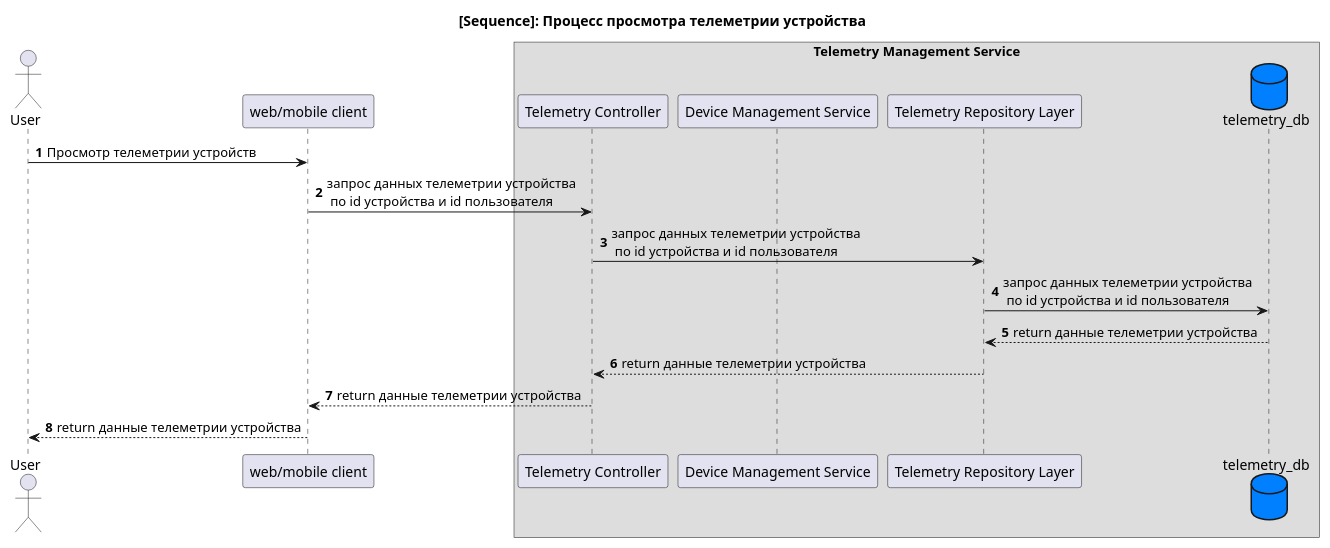
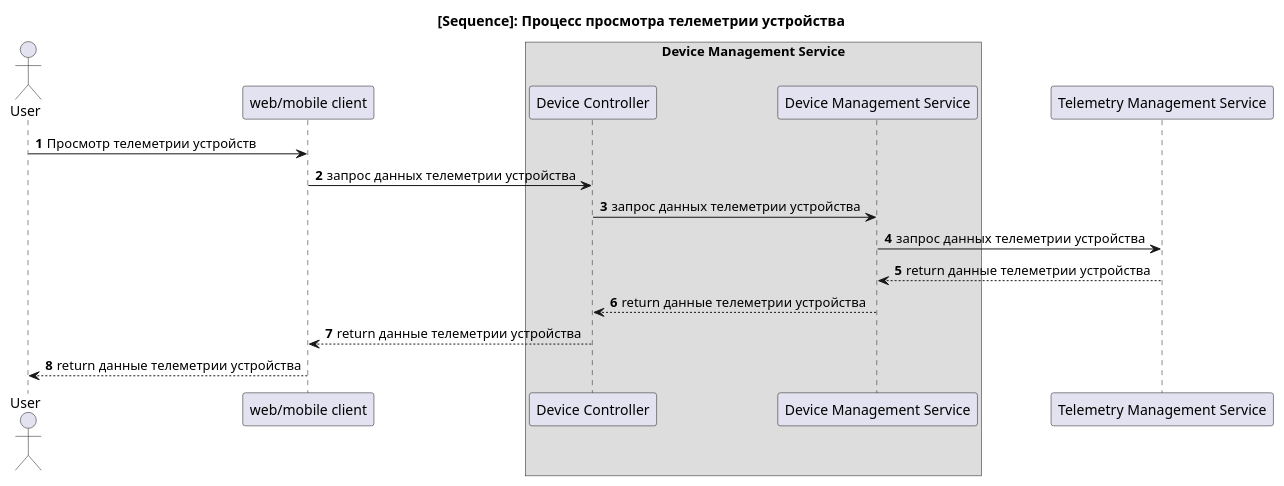
The diagram in diagrams/to_be/code/DeviceManagementService_GetTelemetry_Code.puml (wiky-avis/architecture-sprint-3), drawn with PlantUML before and after one commit. The commit also changed 3 other files, not shown here.

```diff
--- a/diagrams/to_be/code/DeviceManagementService_GetTelemetry_Code.puml
+++ b/diagrams/to_be/code/DeviceManagementService_GetTelemetry_Code.puml
@@ -1,24 +1,24 @@
 @startuml
 autonumber
 
 title [Sequence]: Процесс просмотра телеметрии устройства
 
 actor "User" as user
 participant client as "web/mobile client"
-box "Telemetry Management Service"
-    participant TelemetryController as "Telemetry Controller"
+box "Device Management Service"
+    participant DeviceManagementController as "Device Controller"
     participant ServiceLayer as "Device Management Service"
-    participant RepositoryLayer as "Telemetry Repository Layer"
-    database DB as "telemetry_db" #0080ff
 endbox
 
+participant TelemetryService as "Telemetry Management Service"
+
 user -> client: Просмотр телеметрии устройств
-client -> TelemetryController: запрос данных телеметрии устройства\n по id устройства и id пользователя
-TelemetryController -> RepositoryLayer: запрос данных телеметрии устройства\n по id устройства и id пользователя
-RepositoryLayer -> DB: запрос данных телеметрии устройства\n по id устройства и id пользователя
-DB --> RepositoryLayer: return данные телеметрии устройства
-RepositoryLayer --> TelemetryController: return данные телеметрии устройства
-TelemetryController --> client: return данные телеметрии устройства
+client -> DeviceManagementController: запрос данных телеметрии устройства
+DeviceManagementController -> ServiceLayer: запрос данных телеметрии устройства
+ServiceLayer -> TelemetryService: запрос данных телеметрии устройства
+TelemetryService --> ServiceLayer: return данные телеметрии устройства
+ServiceLayer --> DeviceManagementController: return данные телеметрии устройства
+DeviceManagementController --> client: return данные телеметрии устройства
 client --> user: return данные телеметрии устройства
 
 @enduml
```
